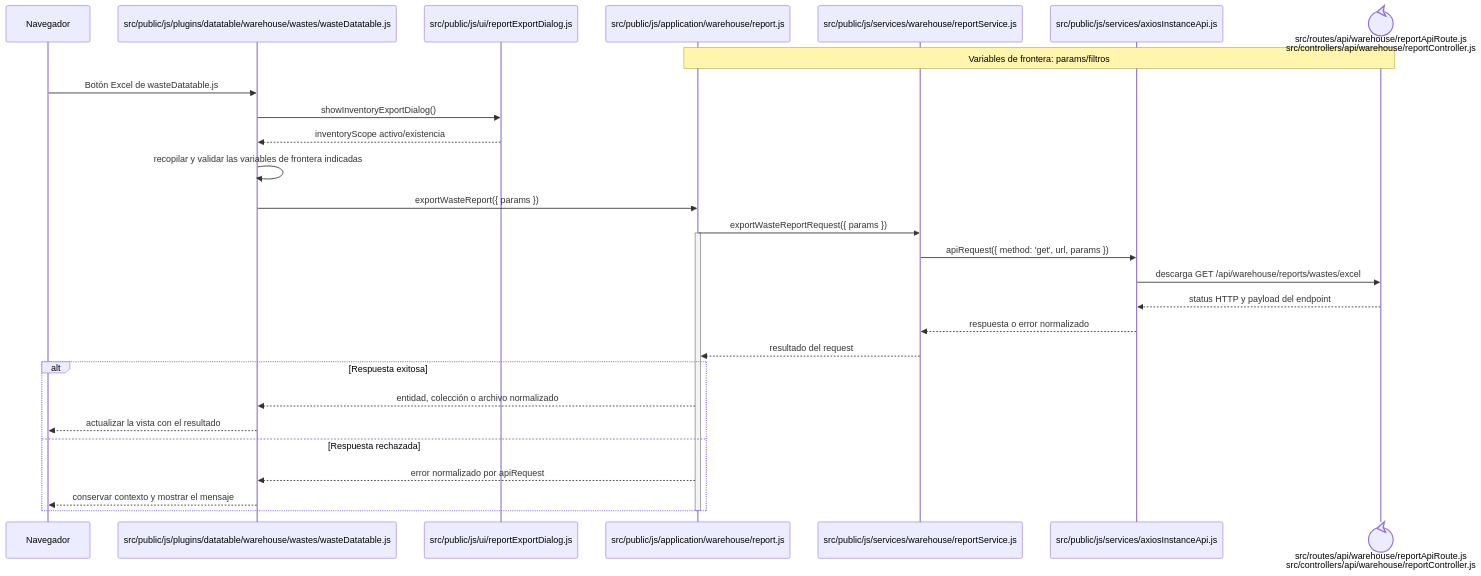
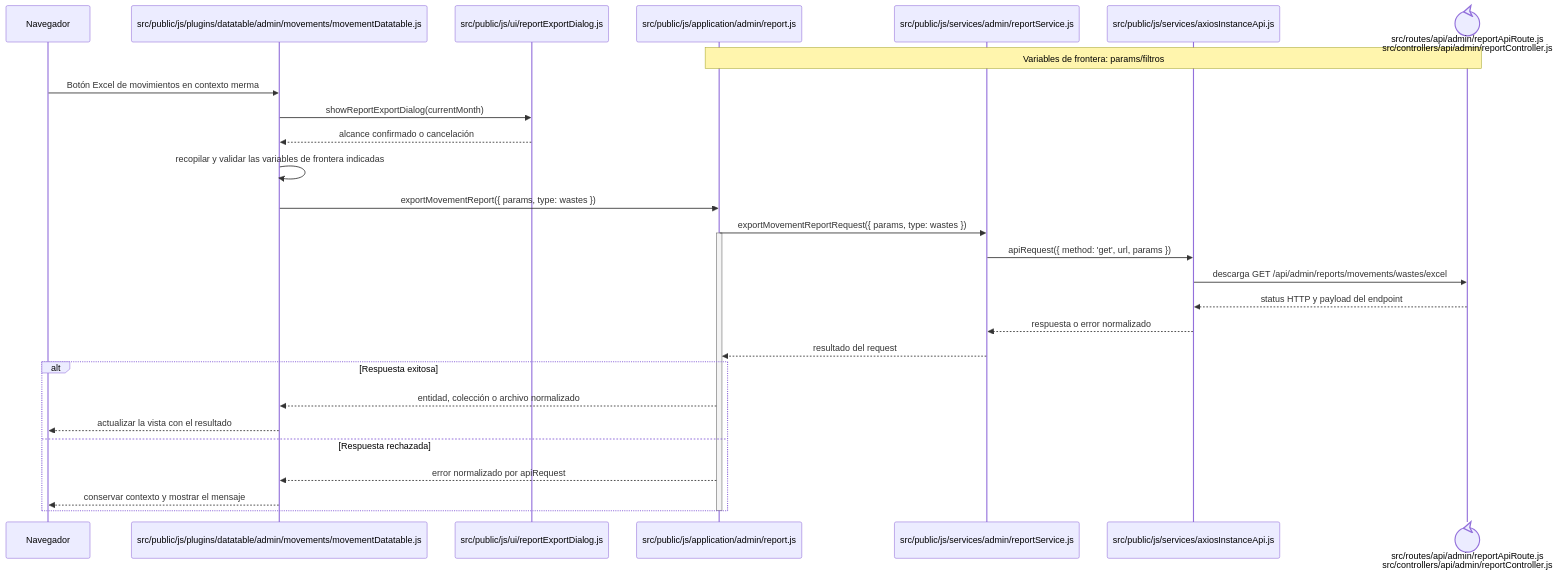
One commit to gpgsistemas01/nexus changed the diagram in docs/architecture/frontend-code-sequences/catalogs/cu-cat-24.md. Above: the diagram before and after it, drawn with Mermaid. The commit also changed other lines of this file and 207 other files, not shown here.

````diff
--- a/docs/architecture/frontend-code-sequences/catalogs/cu-cat-24.md
+++ b/docs/architecture/frontend-code-sequences/catalogs/cu-cat-24.md
@@ -6,32 +6,32 @@
 ```mermaid
 sequenceDiagram
     participant Browser as Navegador
-    participant View as src/public/js/plugins/datatable/warehouse/wastes/wasteDatatable.js
+    participant View as src/public/js/plugins/datatable/admin/movements/movementDatatable.js
     participant Dialog as src/public/js/ui/reportExportDialog.js
-    participant Application as src/public/js/application/warehouse/report.js
-    participant Request as src/public/js/services/warehouse/reportService.js
+    participant Application as src/public/js/application/admin/report.js
+    participant Request as src/public/js/services/admin/reportService.js
     participant HTTP as src/public/js/services/axiosInstanceApi.js
-    participant Transport@{ "type": "control" } as src/routes/api/warehouse/reportApiRoute.js<br/>src/controllers/api/warehouse/reportController.js
+    participant Transport@{ "type": "control" } as src/routes/api/admin/reportApiRoute.js<br/>src/controllers/api/admin/reportController.js
     Note over Application,Transport: Variables de frontera: params/filtros
 
-    Browser->>View: Botón Excel de wasteDatatable.js
-    View->>Dialog: showInventoryExportDialog()
-    Dialog-->>View: inventoryScope activo/existencia
+    Browser->>View: Botón Excel de movimientos en contexto merma
+    View->>Dialog: showReportExportDialog(currentMonth)
+    Dialog-->>View: alcance confirmado o cancelación
     View->>View: recopilar y validar las variables de frontera indicadas
-    View->>Application: exportWasteReport({ params })
-    Application->>Request: exportWasteReportRequest({ params })
+    View->>Application: exportMovementReport({ params, type: wastes })
+    Application->>Request: exportMovementReportRequest({ params, type: wastes })
     activate Application
     Request->>HTTP: apiRequest({ method: 'get', url, params })
-    HTTP->>Transport: descarga GET /api/warehouse/reports/wastes/excel
+    HTTP->>Transport: descarga GET /api/admin/reports/movements/wastes/excel
     Transport-->>HTTP: status HTTP y payload del endpoint
     HTTP-->>Request: respuesta o error normalizado
     Request-->>Application: resultado del request
     alt Respuesta exitosa
         Application-->>View: entidad, colección o archivo normalizado
         View-->>Browser: actualizar la vista con el resultado
     else Respuesta rechazada
         Application-->>View: error normalizado por apiRequest
         View-->>Browser: conservar contexto y mostrar el mensaje
     end
     deactivate Application
 ```
````
